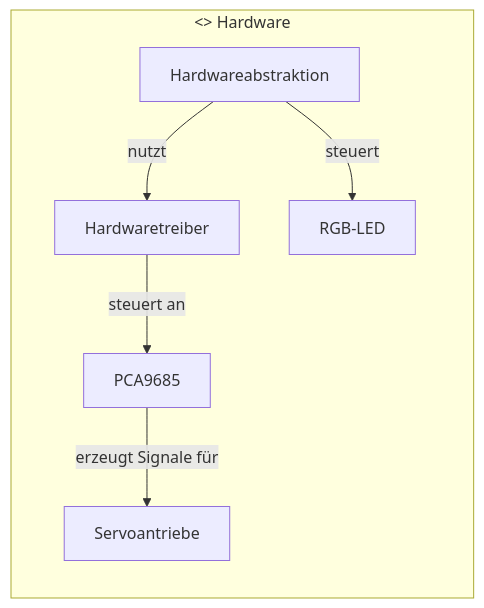
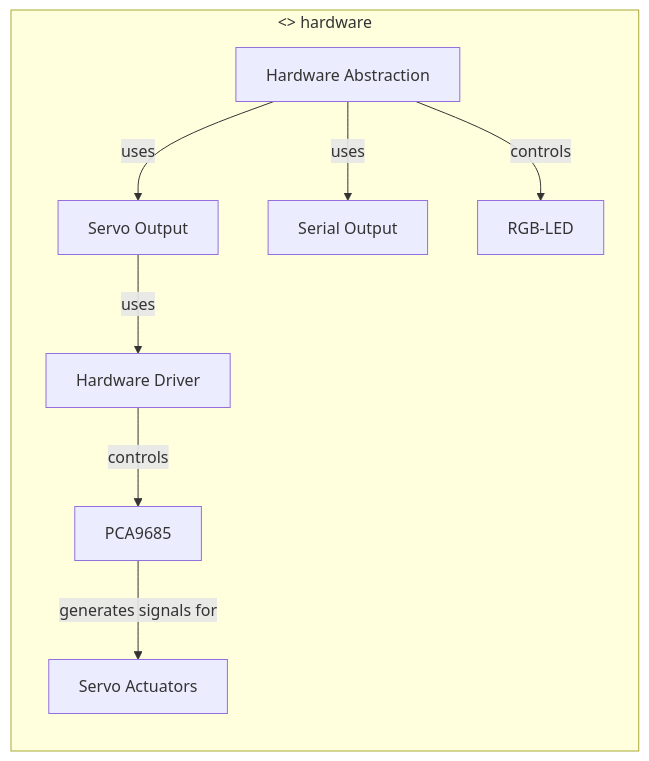
The fifth of 7 diagrams in doc/projektbeschreibung.md (butz1999/inverse_kinematik), drawn with Mermaid before and after one commit. The commit also changed other lines of this file, not shown here.

````diff
--- a/doc/projektbeschreibung.md
+++ b/doc/projektbeschreibung.md
@@ -414,15 +426,19 @@
 ```mermaid
 flowchart LR
-    subgraph HW["<<component>> Hardware"]
-        D1[Hardwareabstraktion]
-        D2[Hardwaretreiber]
+    subgraph HW["<<component>> hardware"]
+        D1[Hardware Abstraction]
+        D2[Hardware Driver]
         D3[PCA9685]
-        D4[Servoantriebe]
+        D4[Servo Actuators]
         D5[RGB-LED]
+        D6[Servo Output]
+        D7[Serial Output]
 
-        D1 -->|nutzt| D2
-        D2 -->|steuert an| D3
-        D3 -->|erzeugt Signale für| D4
-        D1 -->|steuert| D5
+        D1 -->|uses| D6
+        D1 -->|uses| D7
+        D6 -->|uses| D2
+        D2 -->|controls| D3
+        D3 -->|generates signals for| D4
+        D1 -->|controls| D5
     end
 ```
````
